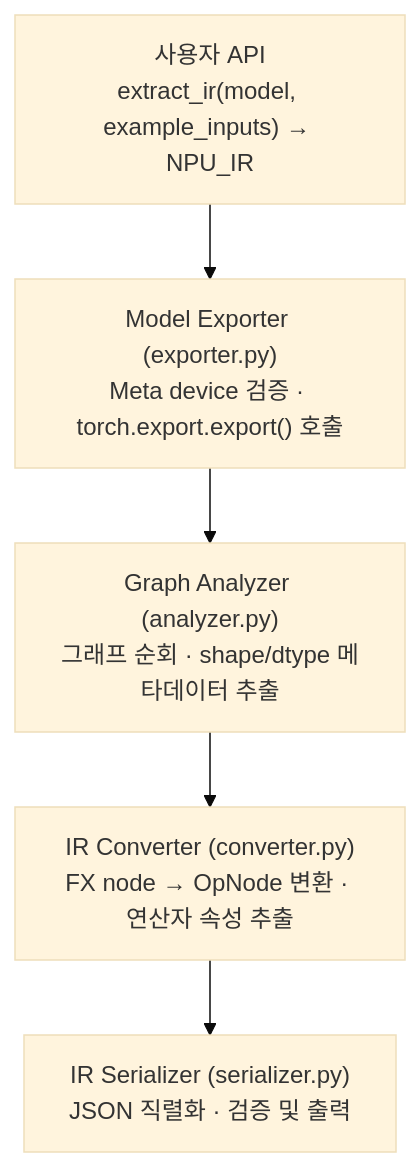
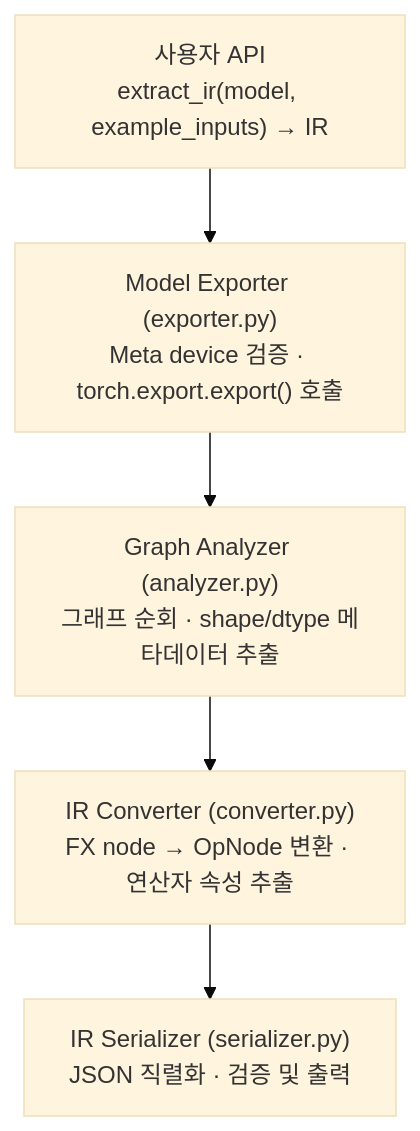
One commit to sweetcocoa/pytorch-ir changed the first of 2 diagrams in docs/concepts.ko.md. Above: the diagram before and after it, drawn with Mermaid (base theme). The commit also changed other lines of this file and 60 other files, not shown here.

````diff
--- a/docs/concepts.ko.md
+++ b/docs/concepts.ko.md
@@ -106,9 +106,9 @@
 ```mermaid
 flowchart TD
-    A["사용자 API<br/>extract_ir(model, example_inputs) → NPU_IR"]
+    A["사용자 API<br/>extract_ir(model, example_inputs) → IR"]
     B["Model Exporter (exporter.py)<br/>Meta device 검증 · torch.export.export() 호출"]
     C["Graph Analyzer (analyzer.py)<br/>그래프 순회 · shape/dtype 메타데이터 추출"]
     D["IR Converter (converter.py)<br/>FX node → OpNode 변환 · 연산자 속성 추출"]
     E["IR Serializer (serializer.py)<br/>JSON 직렬화 · 검증 및 출력"]
     A --> B --> C --> D --> E
 ```
````
